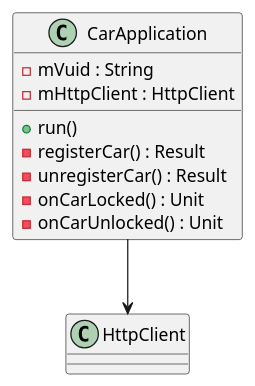
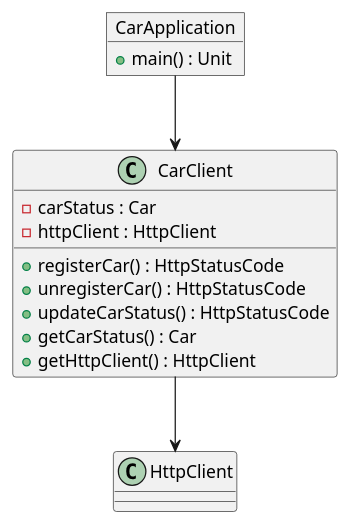
Before and after one commit to ATU-RDuarte/CSD_Project: the diagram in docs/ldd/car_demo_app/CarApplication.puml, drawn with PlantUML. The commit also changed 19 other files, not shown here.

```diff
--- a/docs/ldd/car_demo_app/CarApplication.puml
+++ b/docs/ldd/car_demo_app/CarApplication.puml
@@ -1,18 +1,24 @@
 @startuml
 'https://plantuml.com/class-diagram
 
-class CarApplication
+object CarApplication {
+    + main() : Unit
+}
+
+class CarClient
 {
-+ run()
-- registerCar() : Result
-- unregisterCar() : Result
-- onCarLocked() : Unit
-- onCarUnlocked() : Unit
-- mVuid : String
-- mHttpClient : HttpClient
++ registerCar() : HttpStatusCode
++ unregisterCar() : HttpStatusCode
++ updateCarStatus() : HttpStatusCode
++ getCarStatus() : Car
++ getHttpClient() : HttpClient
+- carStatus : Car
+- httpClient : HttpClient
 }
 
 class HttpClient
 
-CarApplication --> HttpClient
+CarClient --> HttpClient
+CarApplication --> CarClient
+
 @enduml
```
